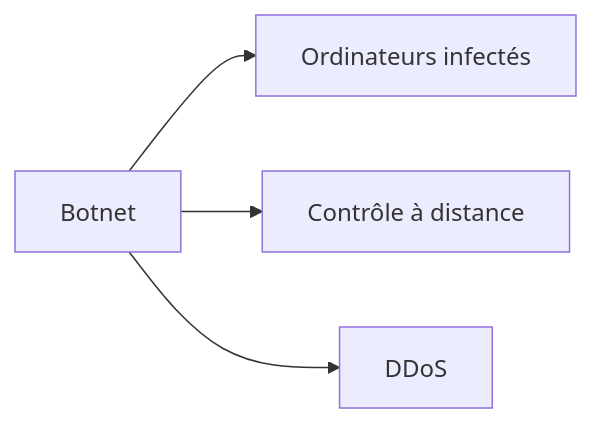
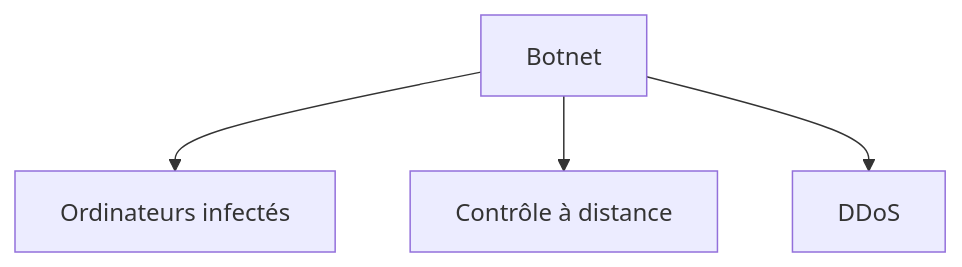
Before and after one commit to zyrass/omnydocs: the sixth of 42 diagrams in docs/glossaire/cybersecurite.md, drawn with Mermaid. The commit also changed other lines of this file and 1780 other files, not shown here.

````diff
--- a/docs/glossaire/cybersecurite.md
+++ b/docs/glossaire/cybersecurite.md
@@ -125,6 +151,6 @@
-    ```mermaid
-    graph LR
-        A[Botnet] --> B[Ordinateurs infectés]
-        A --> C[Contrôle à distance]
-        A --> D[DDoS]
-    ```
+```mermaid
+graph TB
+    A[Botnet] --> B[Ordinateurs infectés]
+    A --> C[Contrôle à distance]
+    A --> D[DDoS]
+```
````
